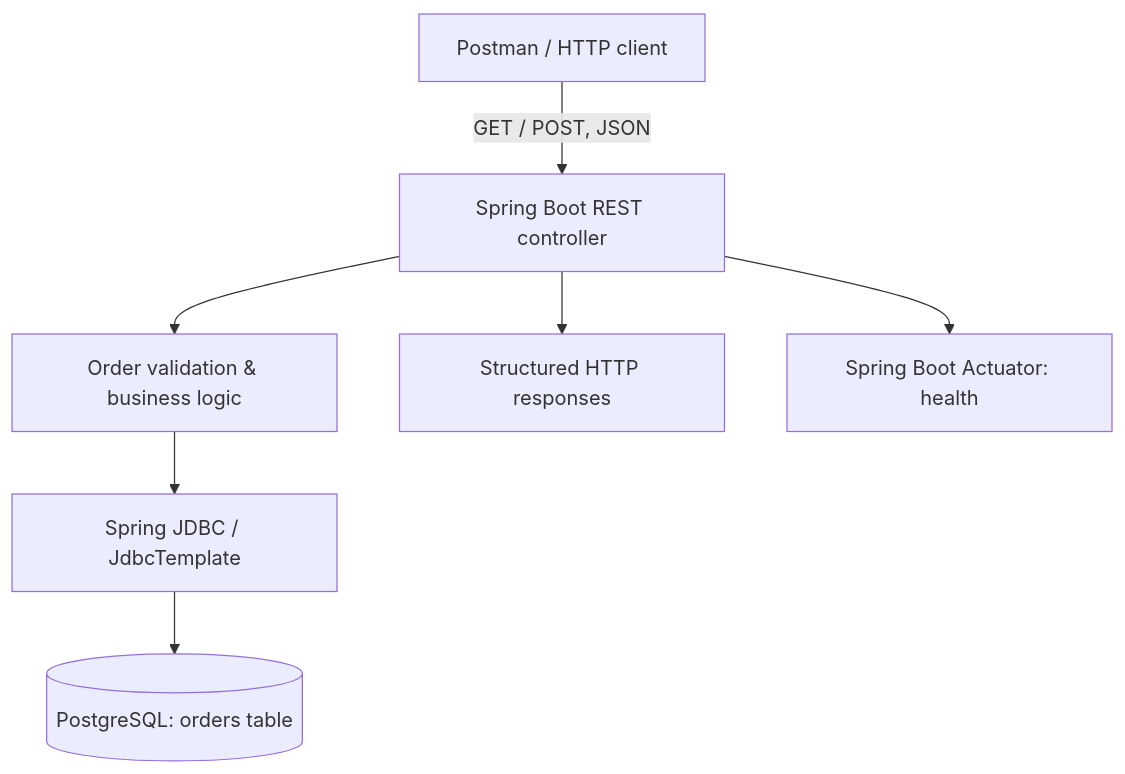
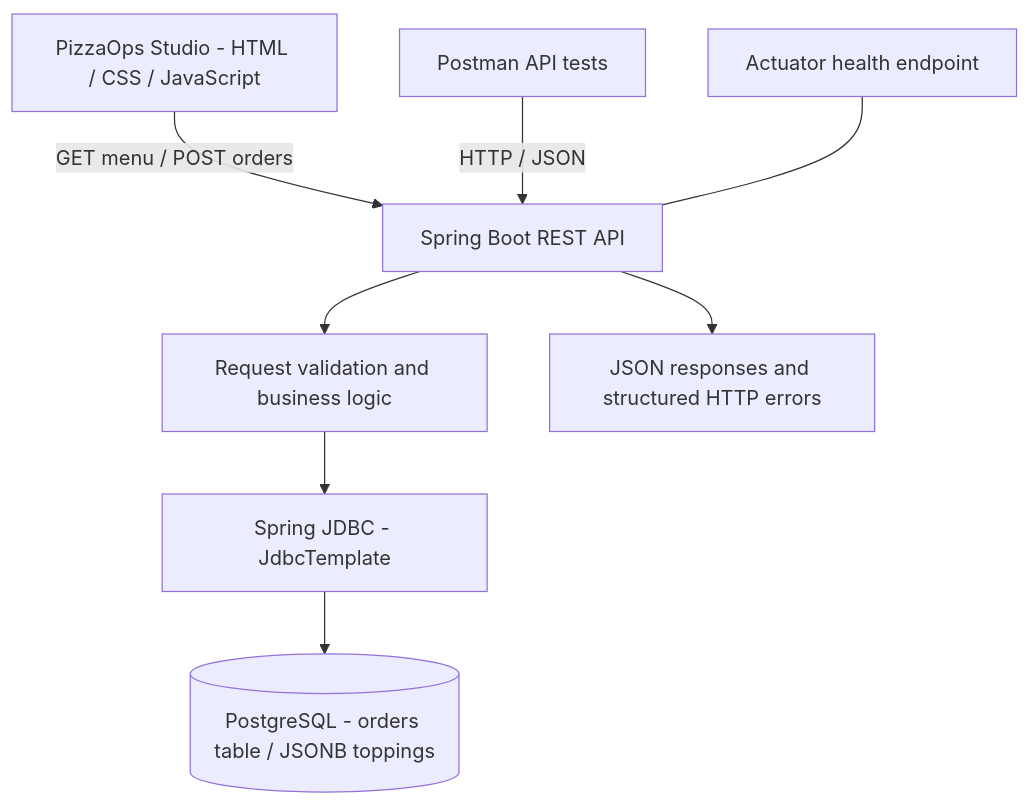
The diagram in README.md (oromero41/pizzaops-java-rest-api), drawn with Mermaid before and after one commit. The commit also changed other lines of this file and 1 other file, not shown here.

Commit message:
Update README with PizzaOps Studio and technical documentation

````diff
--- a/README.md
+++ b/README.md
@@ -22,9 +24,10 @@
 ```mermaid
 flowchart TD
-    A[Postman / HTTP client] -->|GET / POST, JSON| B[Spring Boot REST controller]
-    B --> C[Order validation & business logic]
-    C --> D[Spring JDBC / JdbcTemplate]
-    D --> E[(PostgreSQL: orders table)]
-    B --> F[Structured HTTP responses]
-    B --> G[Spring Boot Actuator: health]
+    Browser[PizzaOps Studio - HTML / CSS / JavaScript] -->|GET menu / POST orders| API[Spring Boot REST API]
+    Postman[Postman API tests] -->|HTTP / JSON| API
+    API --> Validation[Request validation and business logic]
+    Validation --> JDBC[Spring JDBC - JdbcTemplate]
+    JDBC --> DB[(PostgreSQL - orders table / JSONB toppings)]
+    API --> Responses[JSON responses and structured HTTP errors]
+    Health[Actuator health endpoint] --- API
 ```
````
